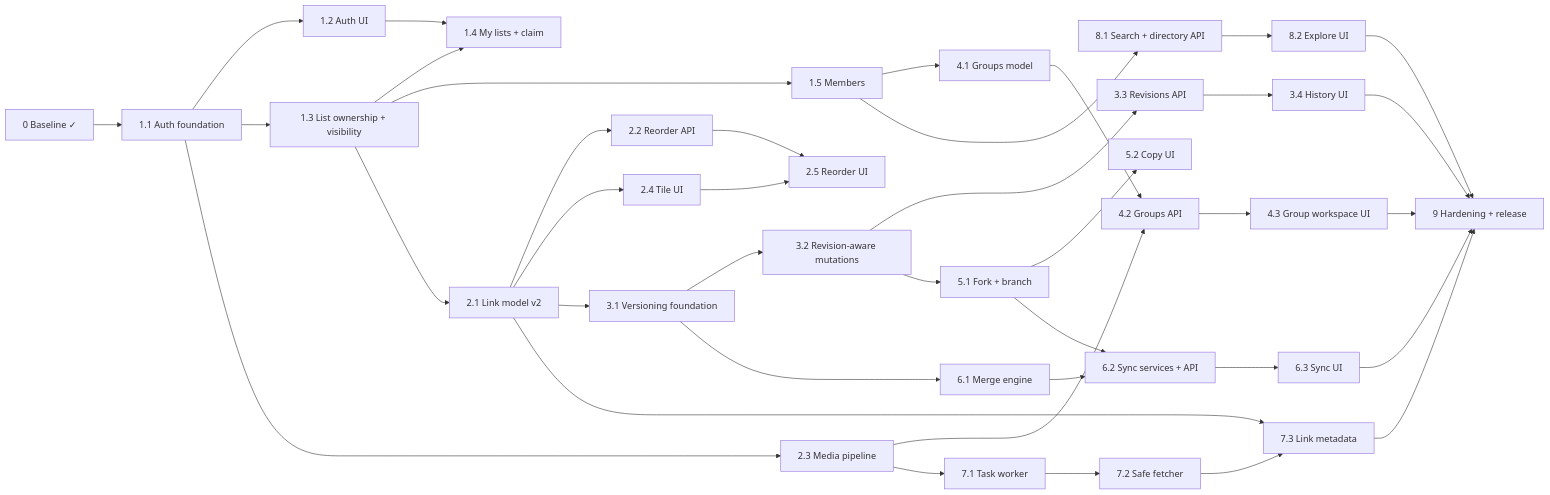
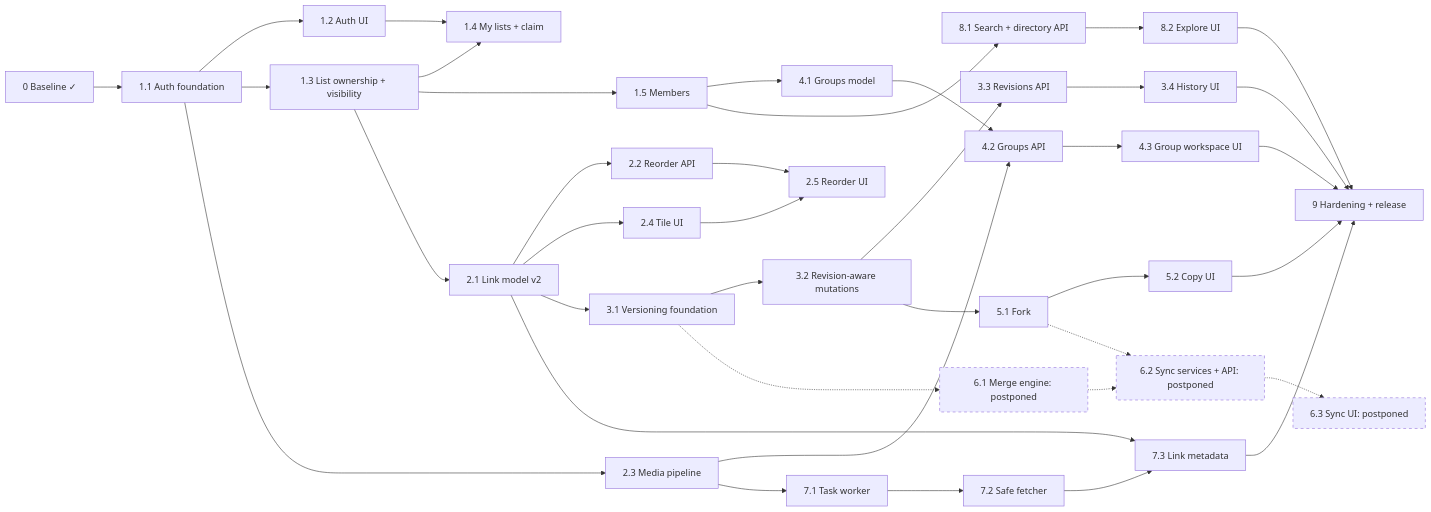
One commit to flokos/listlinkedin changed the diagram in docs/v2/17-IMPLEMENTATION-ROADMAP.md. Above: the diagram before and after it, drawn with Mermaid. The commit also changed other lines of this file and 22 other files, not shown here.

````diff
--- a/docs/v2/17-IMPLEMENTATION-ROADMAP.md
+++ b/docs/v2/17-IMPLEMENTATION-ROADMAP.md
@@ -18,36 +21,38 @@
 ```mermaid
 flowchart LR
   P0[0 Baseline ✓] --> T11[1.1 Auth foundation]
   T11 --> T12[1.2 Auth UI]
   T11 --> T13[1.3 List ownership + visibility]
   T13 --> T14[1.4 My lists + claim]
   T12 --> T14
   T13 --> T15[1.5 Members]
   T13 --> T21[2.1 Link model v2]
   T21 --> T22[2.2 Reorder API]
   T11 --> T23[2.3 Media pipeline]
   T21 --> T24[2.4 Tile UI]
   T22 --> T25[2.5 Reorder UI]
   T24 --> T25
   T21 --> T31[3.1 Versioning foundation]
   T31 --> T32[3.2 Revision-aware mutations]
   T32 --> T33[3.3 Revisions API] --> T34[3.4 History UI]
   T15 --> T41[4.1 Groups model]
   T41 --> T42[4.2 Groups API] --> T43[4.3 Group workspace UI]
   T23 --> T42
-  T32 --> T51[5.1 Fork + branch]
+  T32 --> T51[5.1 Fork]
   T51 --> T52[5.2 Copy UI]
-  T31 --> T61[6.1 Merge engine]
-  T61 --> T62[6.2 Sync services + API]
-  T51 --> T62
-  T62 --> T63[6.3 Sync UI]
+  T31 -.-> T61[6.1 Merge engine: postponed]
+  T61 -.-> T62[6.2 Sync services + API: postponed]
+  T51 -.-> T62
+  T62 -.-> T63[6.3 Sync UI: postponed]
   T23 --> T71[7.1 Task worker]
   T71 --> T72[7.2 Safe fetcher] --> T73[7.3 Link metadata]
   T21 --> T73
   T15 --> T81[8.1 Search + directory API] --> T82[8.2 Explore UI]
-  T63 --> T9[9 Hardening + release]
+  T52 --> T9[9 Hardening + release]
   T43 --> T9
   T73 --> T9
   T82 --> T9
   T34 --> T9
+  classDef postponed stroke-dasharray: 5 5
+  class T61,T62,T63 postponed
 ```
````
